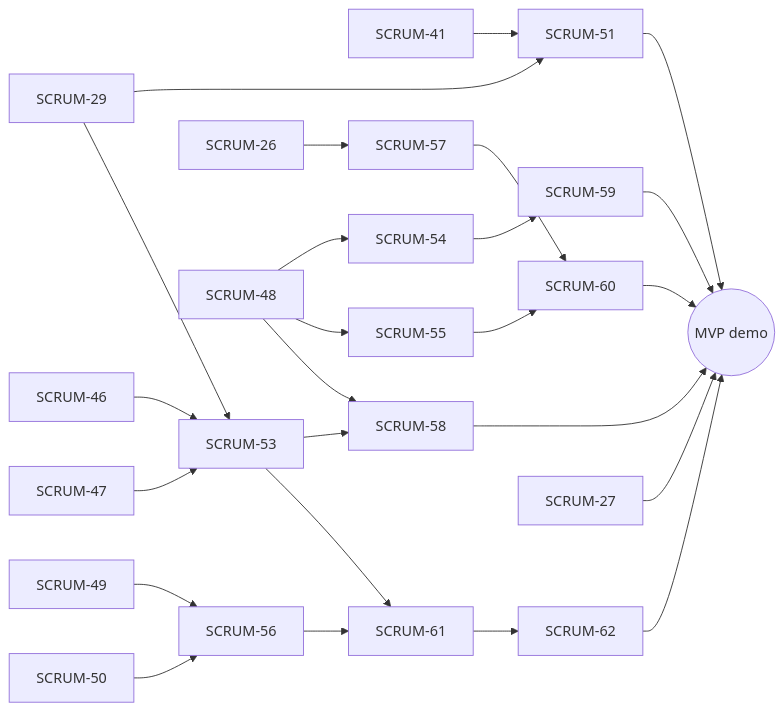
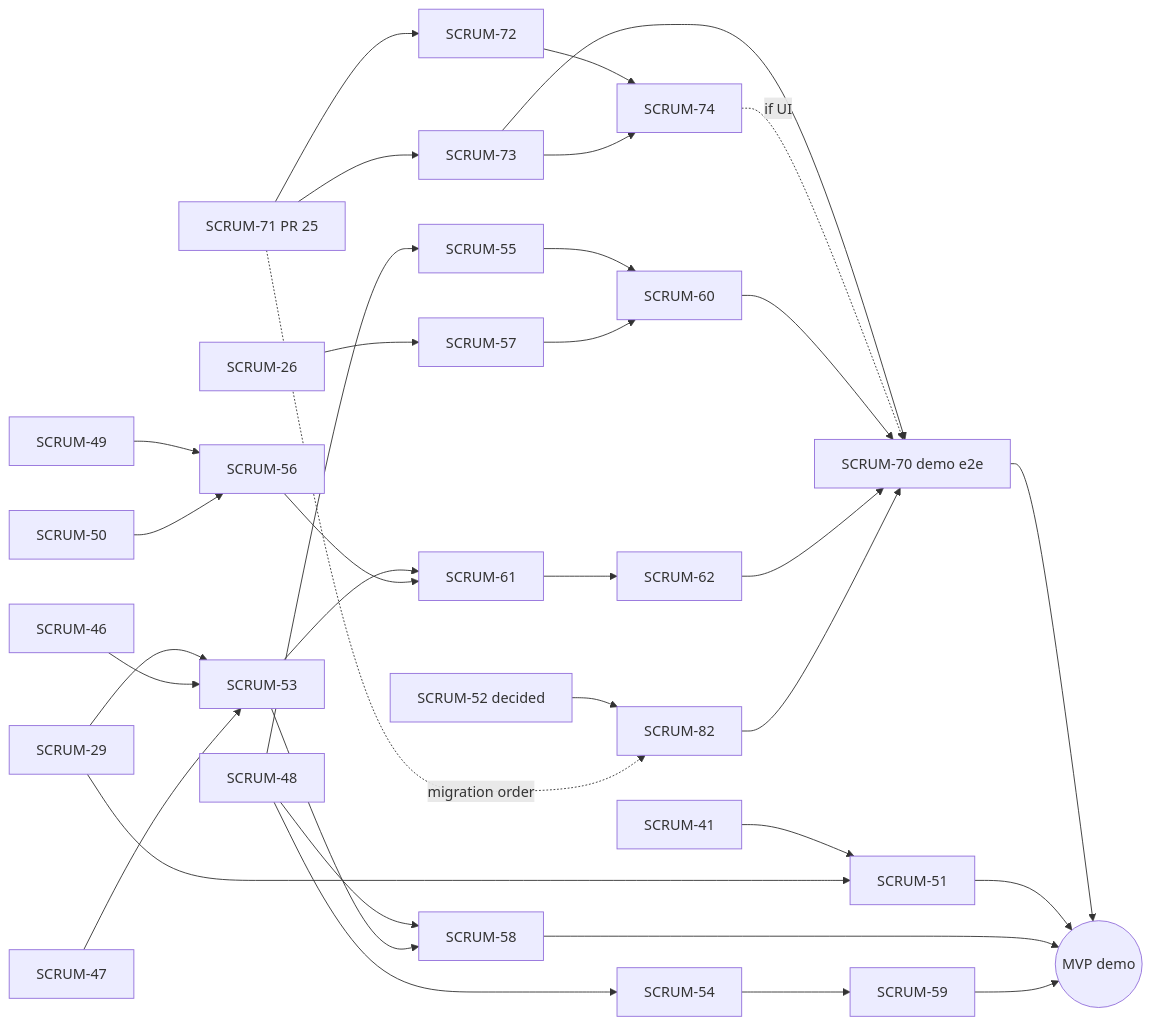
Before and after one commit to Hades1123/Launchly: the diagram in docs/plans/mvp-wave-plan.md, drawn with Mermaid. The commit also changed other lines of this file, not shown here.

First line of the commit message:
docs: refine MVP wave plan for Wave 4

````diff
--- a/docs/plans/mvp-wave-plan.md
+++ b/docs/plans/mvp-wave-plan.md
@@ -82,27 +112,36 @@
 ```mermaid
 flowchart LR
   S41[SCRUM-41] --> S51[SCRUM-51]
   S29[SCRUM-29] --> S51
   S29 --> S53[SCRUM-53]
   S26[SCRUM-26] --> S57[SCRUM-57]
   S46[SCRUM-46] --> S53
   S47[SCRUM-47] --> S53
   S48[SCRUM-48] --> S54[SCRUM-54]
   S48 --> S55[SCRUM-55]
   S48 --> S58[SCRUM-58]
   S49[SCRUM-49] --> S56[SCRUM-56]
   S50[SCRUM-50] --> S56
   S53 --> S58
   S53 --> S61[SCRUM-61]
   S54 --> S59[SCRUM-59]
   S55 --> S60[SCRUM-60]
   S57 --> S60
   S56 --> S61
   S61 --> S62[SCRUM-62]
-  S27[SCRUM-27] --> DEMO((MVP demo))
+  S52[SCRUM-52 decided] --> S82[SCRUM-82]
+  S71[SCRUM-71 PR 25] --> S72[SCRUM-72]
+  S71 --> S73[SCRUM-73]
+  S71 -. migration order .-> S82
+  S72 --> S74[SCRUM-74]
+  S73 --> S74
+  S73 --> S70[SCRUM-70 demo e2e]
+  S74 -. if UI .-> S70
+  S60 --> S70
+  S62 --> S70
+  S82 --> S70
+  S70 --> DEMO((MVP demo))
   S51 --> DEMO
   S58 --> DEMO
   S59 --> DEMO
-  S60 --> DEMO
-  S62 --> DEMO
 ```
````
